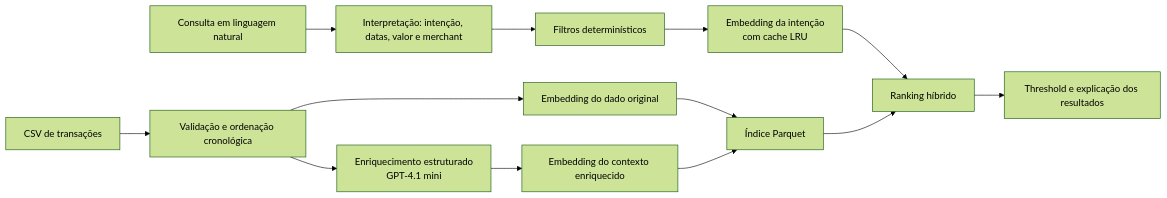
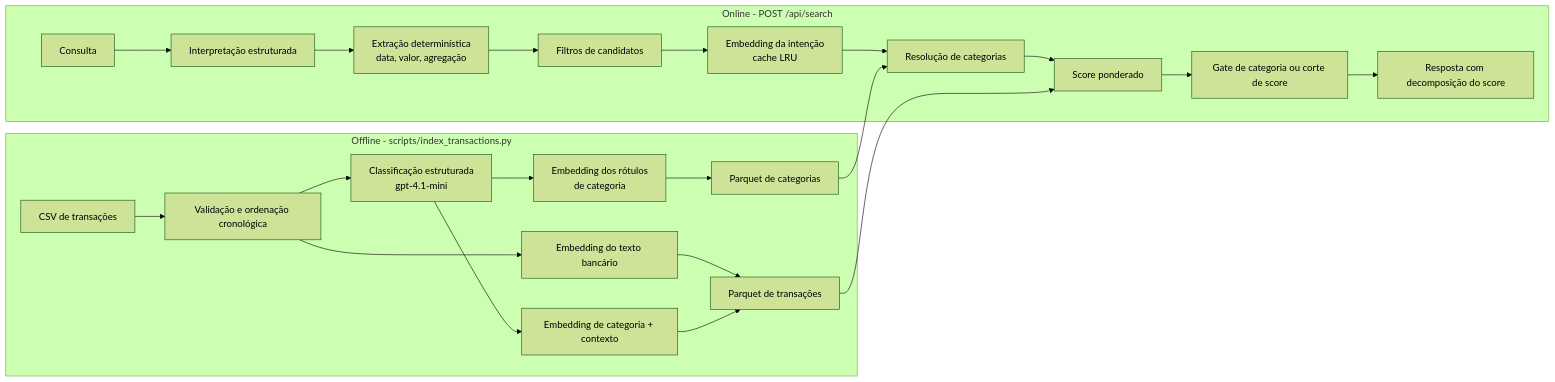
Before and after one commit to sll-bruno/pierre-interview: the diagram in README.md, drawn with Mermaid (forest theme). The commit also changed other lines of this file and 11 other files, not shown here.

````diff
--- a/README.md
+++ b/README.md
@@ -28,16 +53,27 @@
 ```mermaid
 flowchart LR
-  A["CSV de transações"] --> B["Validação e ordenação cronológica"]
-  B --> C["Enriquecimento estruturado\nGPT-4.1 mini"]
-  B --> D["Embedding do dado original"]
-  C --> E["Embedding do contexto enriquecido"]
-  D --> F["Índice Parquet"]
-  E --> F
+  subgraph offline["Offline - scripts/index_transactions.py"]
+    A["CSV de transações"] --> B["Validação e ordenação cronológica"]
+    B --> C["Classificação estruturada\ngpt-4.1-mini"]
+    B --> D["Embedding do texto bancário"]
+    C --> E["Embedding de categoria + contexto"]
+    C --> M["Embedding dos rótulos\nde categoria"]
+    D --> F["Parquet de transações"]
+    E --> F
+    M --> N["Parquet de categorias"]
+  end
 
-  G["Consulta em linguagem natural"] --> H["Interpretação: intenção, datas, valor e merchant"]
-  H --> I["Filtros determinísticos"]
-  I --> J["Embedding da intenção\ncom cache LRU"]
-  J --> K["Ranking híbrido"]
-  F --> K
-  K --> L["Threshold e explicação dos resultados"]
+  subgraph online["Online - POST /api/search"]
+    G["Consulta"] --> H["Interpretação estruturada"]
+    H --> I["Extração determinística\ndata, valor, agregação"]
+    I --> J["Filtros de candidatos"]
+    J --> K["Embedding da intenção\ncache LRU"]
+    K --> O["Resolução de categorias"]
+    O --> P["Score ponderado"]
+    P --> Q["Gate de categoria ou corte de score"]
+    Q --> R["Resposta com decomposição do score"]
+  end
+
+  F --> P
+  N --> O
 ```
````
